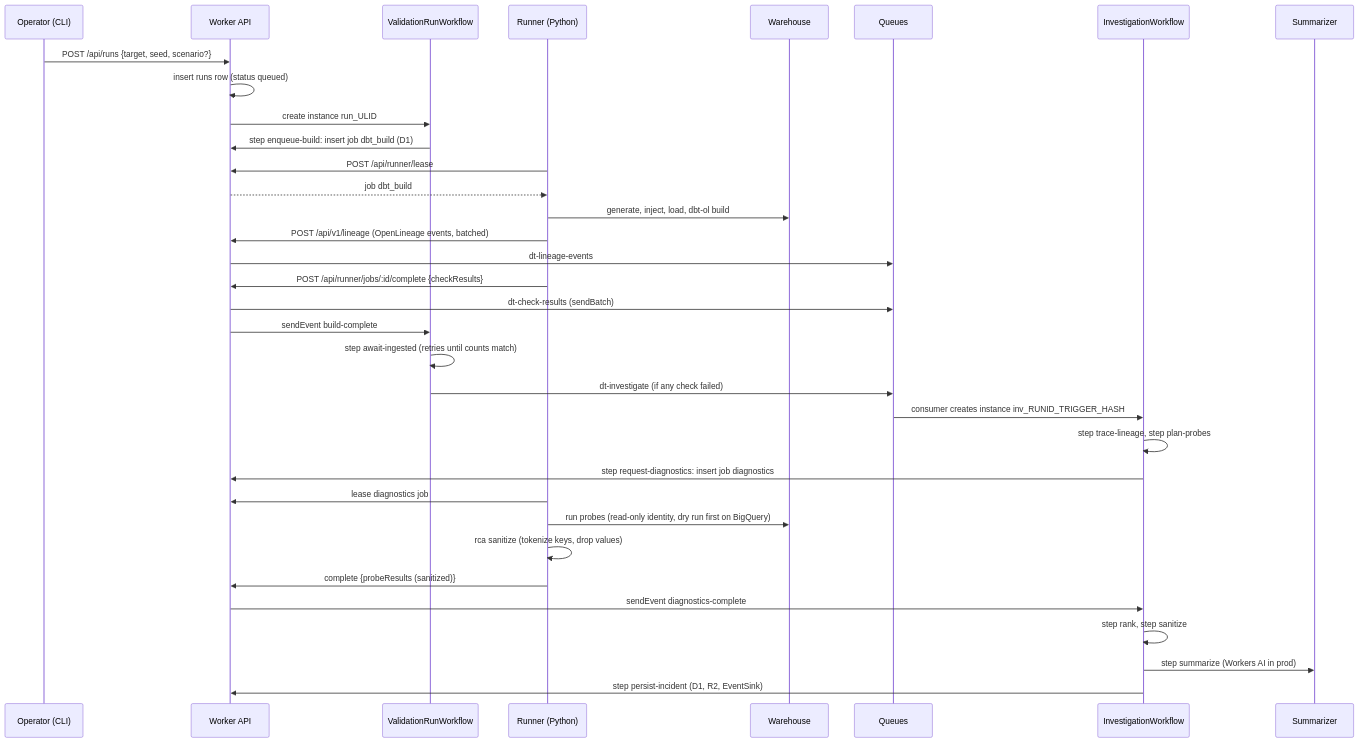
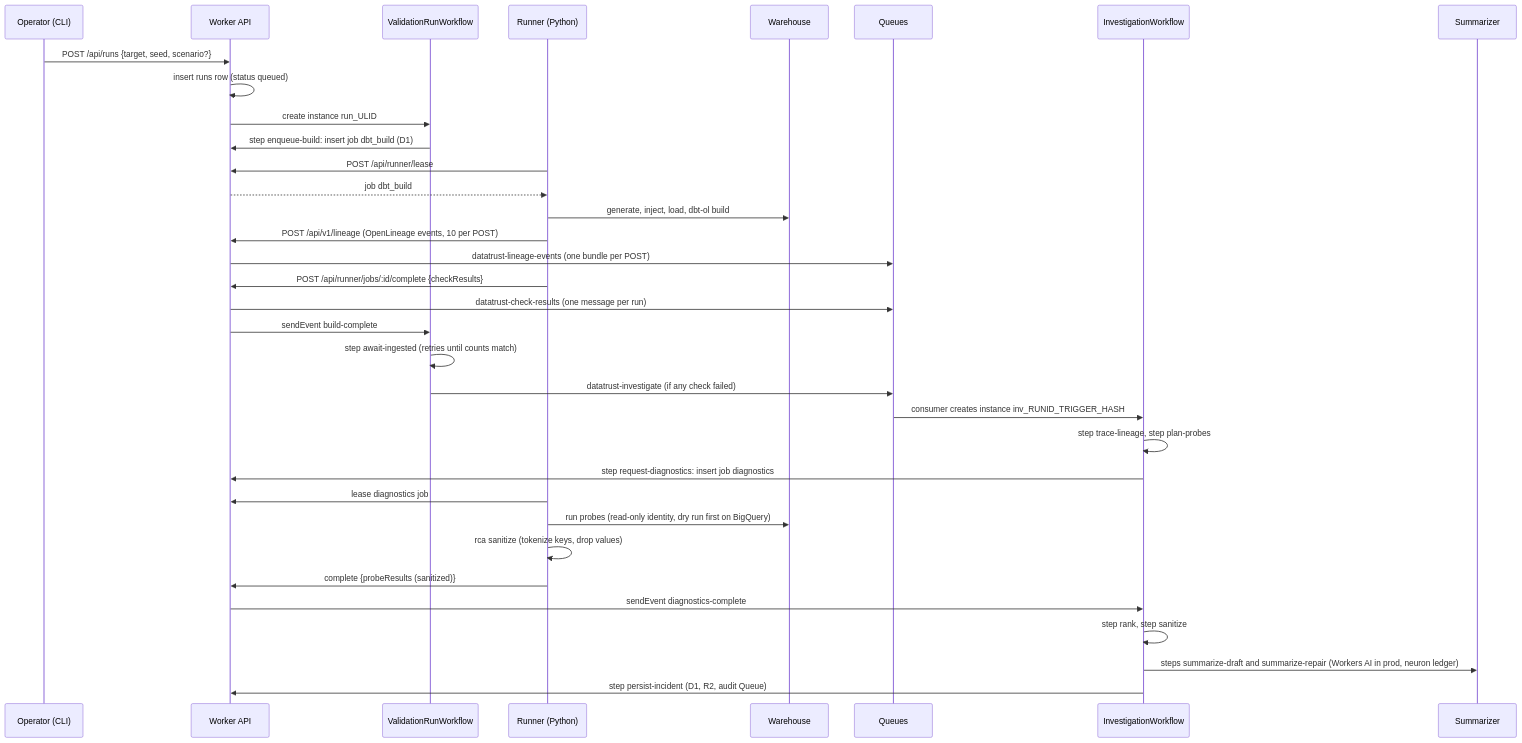
One commit to nitishsjsucs/datatrust changed the second of 2 diagrams in SPEC.md. Above: the diagram before and after it, drawn with Mermaid. The commit also changed other lines of this file and 1 other file, not shown here.

First line of the commit message:
docs: production on the Workers Free plan (spec 1.2, ADR-0008)

````diff
--- a/SPEC.md
+++ b/SPEC.md
@@ -130,36 +137,36 @@
 ```mermaid
 sequenceDiagram
   participant Op as Operator (CLI)
   participant W as Worker API
   participant VW as ValidationRunWorkflow
   participant R as Runner (Python)
   participant WH as Warehouse
   participant Q as Queues
   participant IW as InvestigationWorkflow
   participant S as Summarizer
   Op->>W: POST /api/runs {target, seed, scenario?}
   W->>W: insert runs row (status queued)
   W->>VW: create instance run_ULID
   VW->>W: step enqueue-build: insert job dbt_build (D1)
   R->>W: POST /api/runner/lease
   W-->>R: job dbt_build
   R->>WH: generate, inject, load, dbt-ol build
-  R->>W: POST /api/v1/lineage (OpenLineage events, batched)
-  W->>Q: dt-lineage-events
+  R->>W: POST /api/v1/lineage (OpenLineage events, 10 per POST)
+  W->>Q: datatrust-lineage-events (one bundle per POST)
   R->>W: POST /api/runner/jobs/:id/complete {checkResults}
-  W->>Q: dt-check-results (sendBatch)
+  W->>Q: datatrust-check-results (one message per run)
   W->>VW: sendEvent build-complete
   VW->>VW: step await-ingested (retries until counts match)
-  VW->>Q: dt-investigate (if any check failed)
+  VW->>Q: datatrust-investigate (if any check failed)
   Q->>IW: consumer creates instance inv_RUNID_TRIGGER_HASH
   IW->>IW: step trace-lineage, step plan-probes
   IW->>W: step request-diagnostics: insert job diagnostics
   R->>W: lease diagnostics job
   R->>WH: run probes (read-only identity, dry run first on BigQuery)
   R->>R: rca sanitize (tokenize keys, drop values)
   R->>W: complete {probeResults (sanitized)}
   W->>IW: sendEvent diagnostics-complete
   IW->>IW: step rank, step sanitize
-  IW->>S: step summarize (Workers AI in prod)
-  IW->>W: step persist-incident (D1, R2, EventSink)
+  IW->>S: steps summarize-draft and summarize-repair (Workers AI in prod, neuron ledger)
+  IW->>W: step persist-incident (D1, R2, audit Queue)
 ```
````
